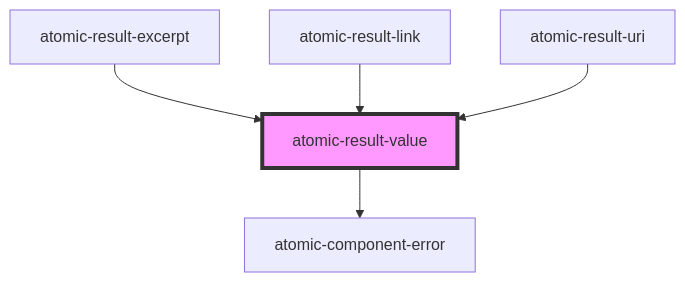
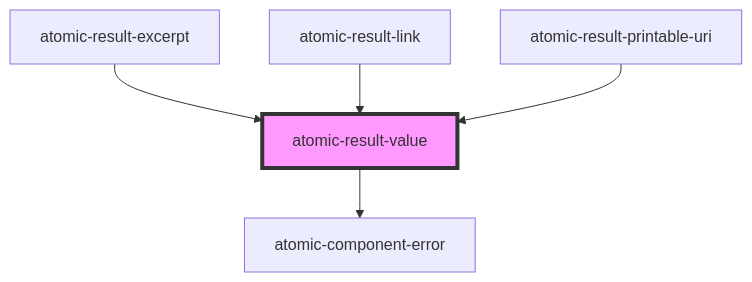
Before and after one commit to coveo/ui-kit: the diagram in packages/atomic/src/components/result-template-components/atomic-result-value/readme.md, drawn with Mermaid. The commit also changed other lines of this file and 19 other files, not shown here.

First line of the commit message:
feat(atomic): complete atomic-result-printable-uri component

````diff
--- a/packages/atomic/src/components/result-template-components/atomic-result-value/readme.md
+++ b/packages/atomic/src/components/result-template-components/atomic-result-value/readme.md
@@ -29,8 +29,8 @@
 ```mermaid
 graph TD;
   atomic-result-value --> atomic-component-error
   atomic-result-excerpt --> atomic-result-value
   atomic-result-link --> atomic-result-value
-  atomic-result-uri --> atomic-result-value
+  atomic-result-printable-uri --> atomic-result-value
   style atomic-result-value fill:#f9f,stroke:#333,stroke-width:4px
 ```
````
